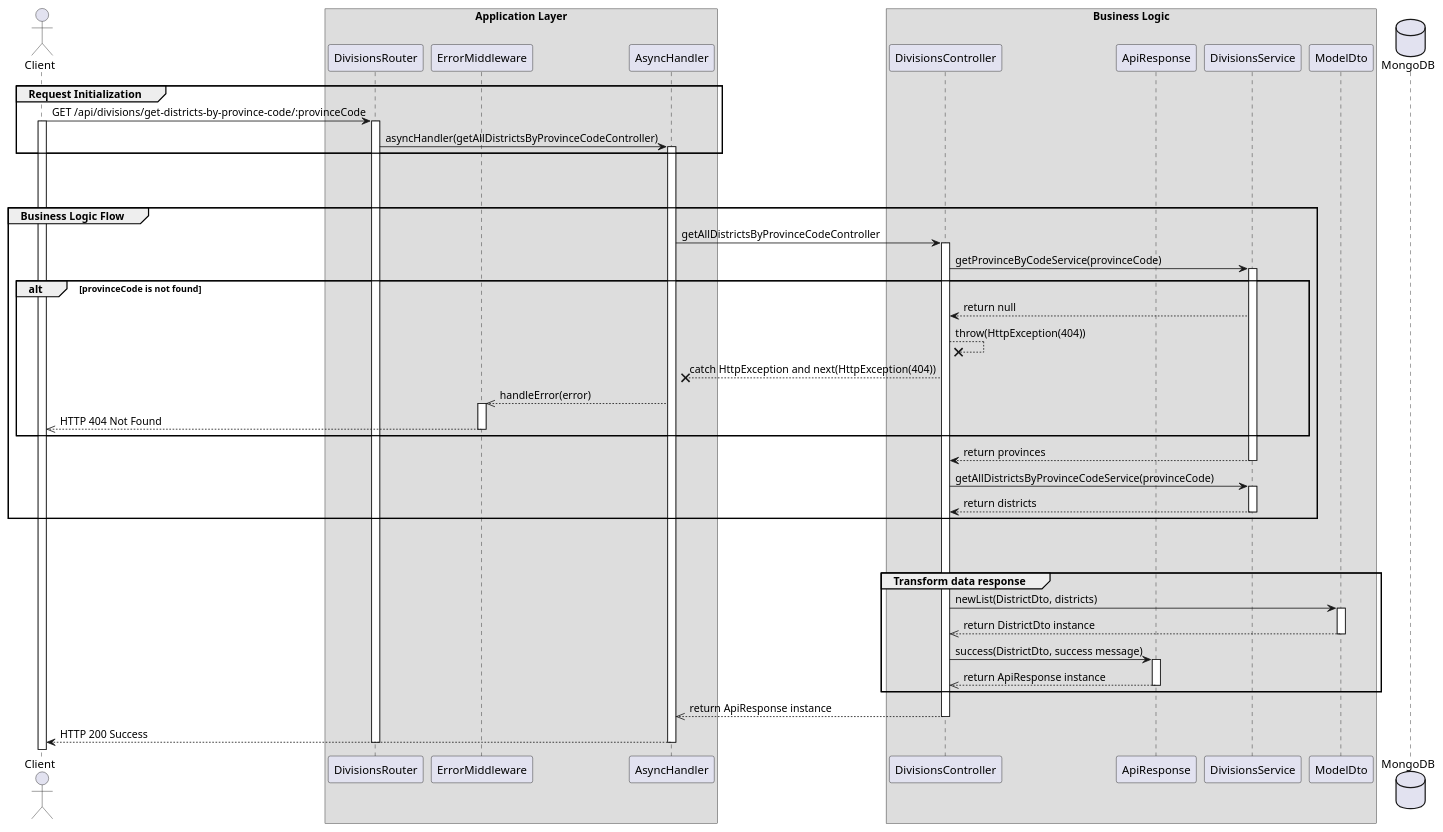
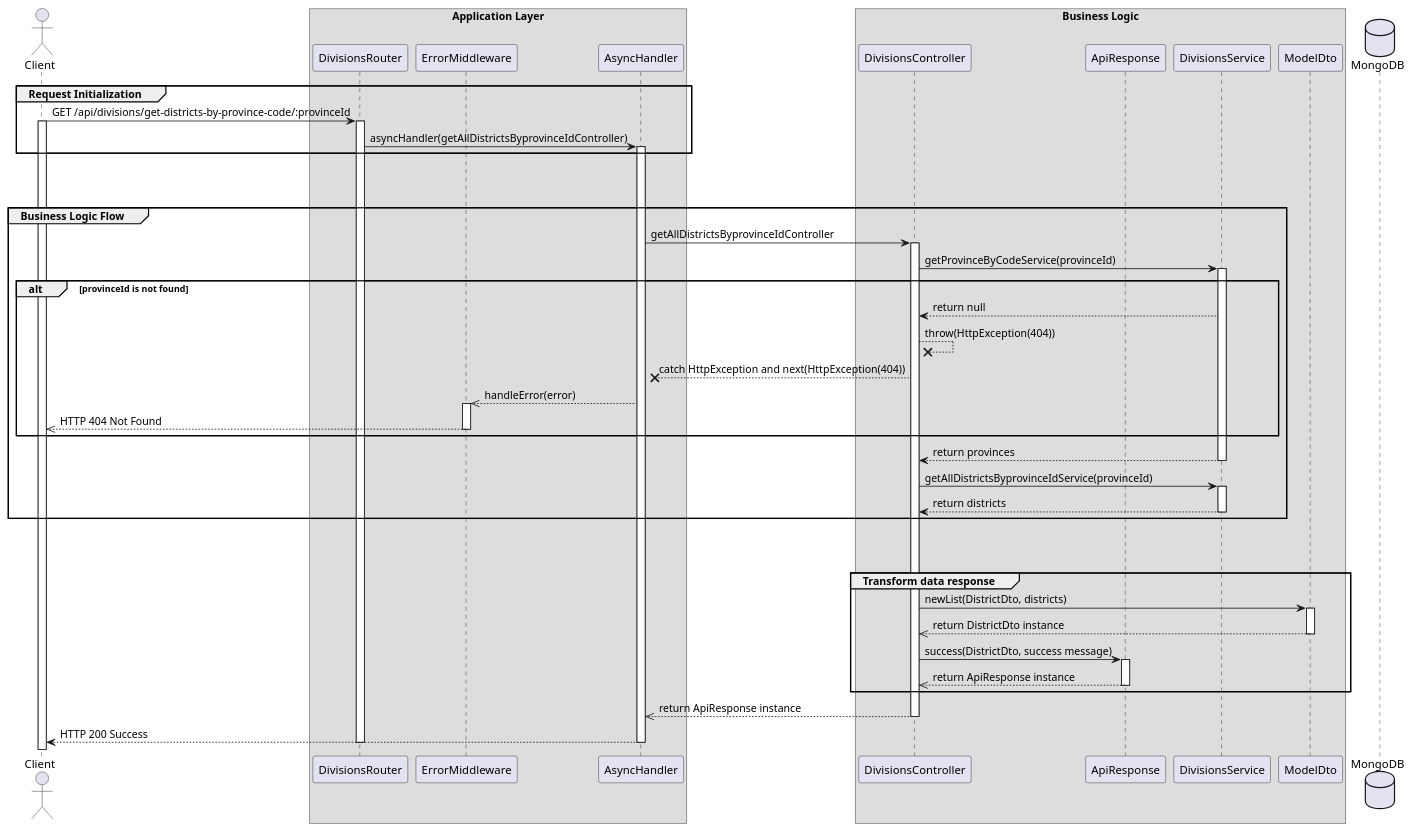
One commit to hiusnguyen201/BE_ClothingShop changed the diagram in docs/sequences/UC24-ViewDistrict/UC24-ViewListDistrict.wsd. Above: the diagram before and after it, drawn with PlantUML. The commit also changed 20 other files, not shown here.

```diff
--- a/docs/sequences/UC24-ViewDistrict/UC24-ViewListDistrict.wsd
+++ b/docs/sequences/UC24-ViewDistrict/UC24-ViewListDistrict.wsd
@@ -1,78 +1,78 @@
 @startuml View list Disctricts
 
 actor Client
 
 box "Application Layer"
 participant DivisionsRouter 
 participant ErrorMiddleware 
 participant AsyncHandler 
 end box
 
 
 box "Business Logic"
 participant DivisionsController
 participant ApiResponse
 participant DivisionsService 
 participant ModelDto
 end box
 
 database MongoDB
 
 ' Step 1
 group Request Initialization
-    Client -> DivisionsRouter: GET /api/divisions/get-districts-by-province-code/:provinceCode
+    Client -> DivisionsRouter: GET /api/divisions/get-districts-by-province-code/:provinceId
     activate Client
     activate DivisionsRouter
-    DivisionsRouter -> AsyncHandler: asyncHandler(getAllDistrictsByProvinceCodeController)
+    DivisionsRouter -> AsyncHandler: asyncHandler(getAllDistrictsByprovinceIdController)
     activate AsyncHandler
 end
 
 break
 break
 
 ' step 2
 group Business Logic Flow
-    AsyncHandler -> DivisionsController: getAllDistrictsByProvinceCodeController
+    AsyncHandler -> DivisionsController: getAllDistrictsByprovinceIdController
     activate DivisionsController
-    DivisionsController -> DivisionsService: getProvinceByCodeService(provinceCode)
+    DivisionsController -> DivisionsService: getProvinceByCodeService(provinceId)
     activate DivisionsService
-    alt provinceCode is not found
+    alt provinceId is not found
         DivisionsService --> DivisionsController: return null
         DivisionsController --x DivisionsController: throw(HttpException(404))
         DivisionsController --x AsyncHandler: catch HttpException and next(HttpException(404))
         AsyncHandler -->> ErrorMiddleware: handleError(error) 
         activate ErrorMiddleware
         ErrorMiddleware -->> Client: HTTP 404 Not Found
         deactivate ErrorMiddleware
     end
     DivisionsService --> DivisionsController: return provinces
     deactivate DivisionsService
-    DivisionsController -> DivisionsService: getAllDistrictsByProvinceCodeService(provinceCode)
+    DivisionsController -> DivisionsService: getAllDistrictsByprovinceIdService(provinceId)
     activate DivisionsService
     DivisionsService --> DivisionsController: return districts
     deactivate DivisionsService 
 
 end
 break
 break
 
 group Transform data response
     DivisionsController -> ModelDto: newList(DistrictDto, districts)
     activate ModelDto
     ModelDto -->> DivisionsController: return DistrictDto instance
     deactivate ModelDto
 
     DivisionsController -> ApiResponse: success(DistrictDto, success message)
     activate ApiResponse
     ApiResponse -->> DivisionsController: return ApiResponse instance
     deactivate ApiResponse 
 end
 DivisionsController -->> AsyncHandler: return ApiResponse instance
 deactivate DivisionsController
 AsyncHandler --> Client: HTTP 200 Success
 deactivate AsyncHandler
 deactivate DivisionsRouter
 
 
 
 @enduml
```
